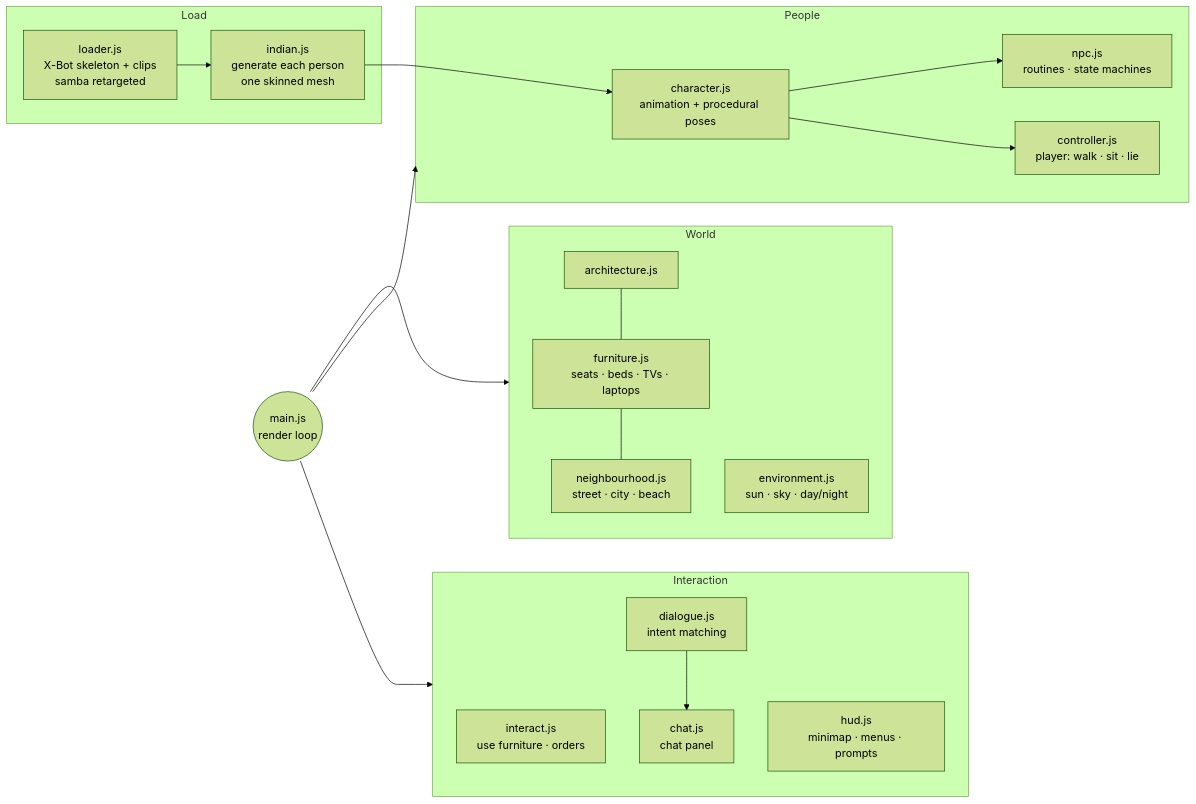
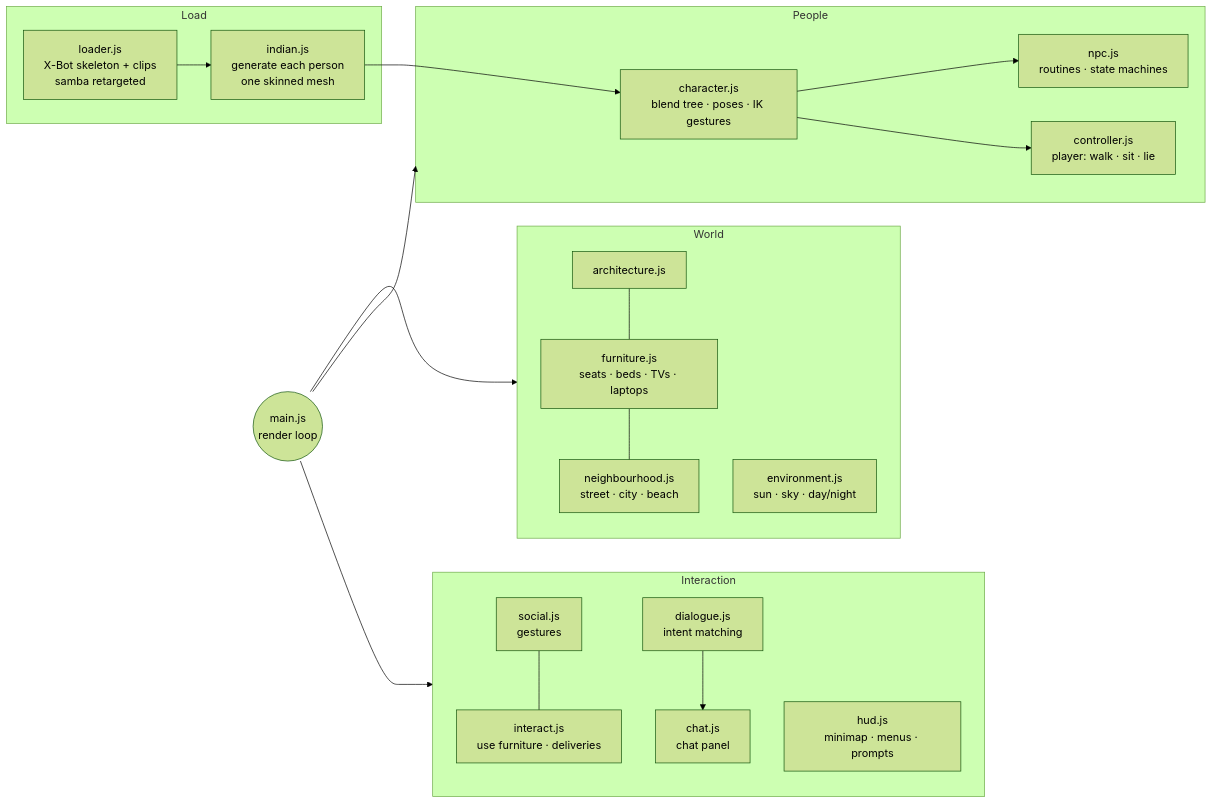
The diagram in README.md (Chm555556/Web-restaurant-3D), drawn with Mermaid (forest theme) before and after one commit. The commit also changed other lines of this file and 16 other files, not shown here.

````diff
--- a/README.md
+++ b/README.md
@@ -277,24 +310,25 @@
 ```mermaid
 flowchart LR
     subgraph Load
         L[loader.js<br/>X-Bot skeleton + clips<br/>samba retargeted] --> I[indian.js<br/>generate each person<br/>one skinned mesh]
     end
     subgraph World
         A[architecture.js] --- F[furniture.js<br/>seats · beds · TVs · laptops]
         F --- N[neighbourhood.js<br/>street · city · beach]
         E[environment.js<br/>sun · sky · day/night]
     end
     subgraph People
-        I --> C[character.js<br/>animation + procedural poses]
+        I --> C[character.js<br/>blend tree · poses · IK gestures]
         C --> NPC[npc.js<br/>routines · state machines]
         C --> P[controller.js<br/>player: walk · sit · lie]
     end
     subgraph Interaction
-        IX[interact.js<br/>use furniture · orders]
+        IX[interact.js<br/>use furniture · deliveries]
+        SO[social.js<br/>gestures] --- IX
         D[dialogue.js<br/>intent matching] --> CH[chat.js<br/>chat panel]
         H[hud.js<br/>minimap · menus · prompts]
     end
     M((main.js<br/>render loop)) --> World
     M --> People
     M --> Interaction
 ```
````
